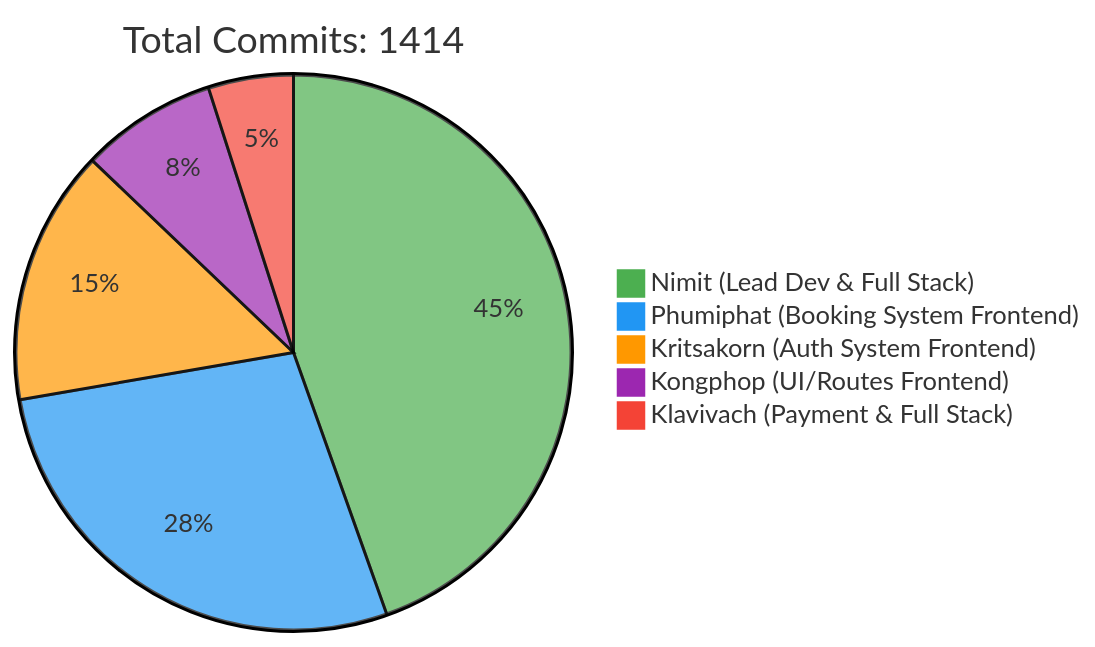
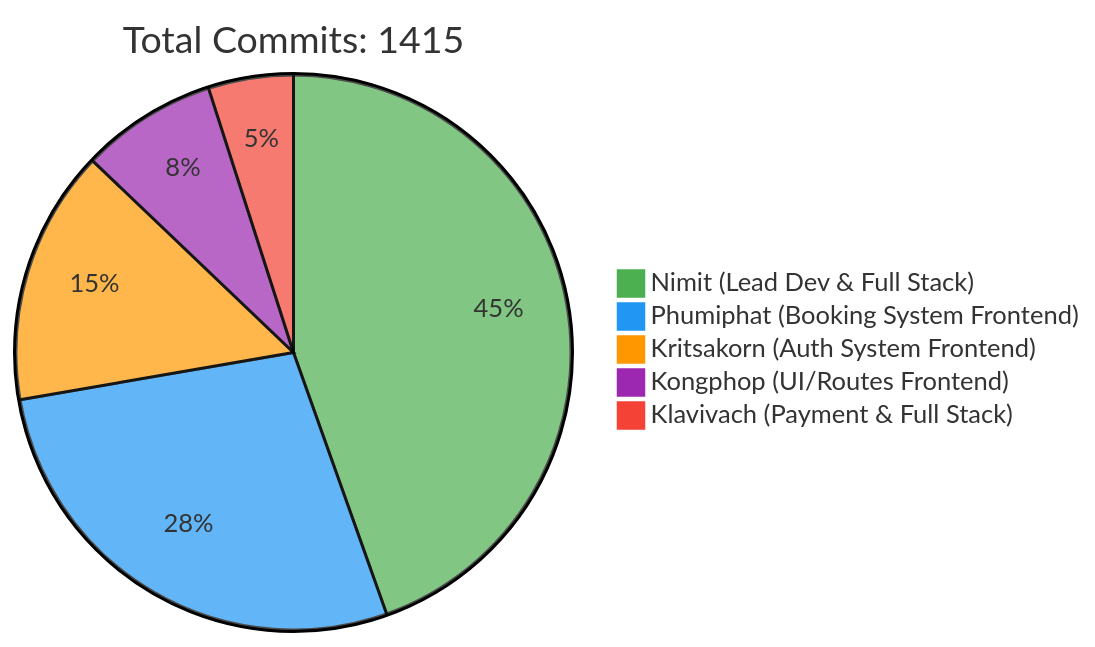
One commit to 6531503042/Sport-Complex changed the first of 2 diagrams in README.md. Above: the diagram before and after it, drawn with Mermaid. The commit also changed other lines of this file, not shown here.

Commit message:
docs: Update contributor statistics [skip ci]

````diff
--- a/README.md
+++ b/README.md
@@ -257,10 +257,10 @@
 ```mermaid
 %%{init: {'theme': 'base', 'themeVariables': { 'pie1': '#4CAF50', 'pie2': '#2196F3', 'pie3': '#FF9800', 'pie4': '#9C27B0', 'pie5': '#F44336'}}}%%
 pie
-    title Total Commits: 1414
+    title Total Commits: 1415
     "Nimit (Lead Dev & Full Stack)" : 450
     "Phumiphat (Booking System Frontend)" : 280
     "Kritsakorn (Auth System Frontend)" : 150
     "Kongphop (UI/Routes Frontend)" : 80
     "Klavivach (Payment & Full Stack)" : 50
 ```
````
